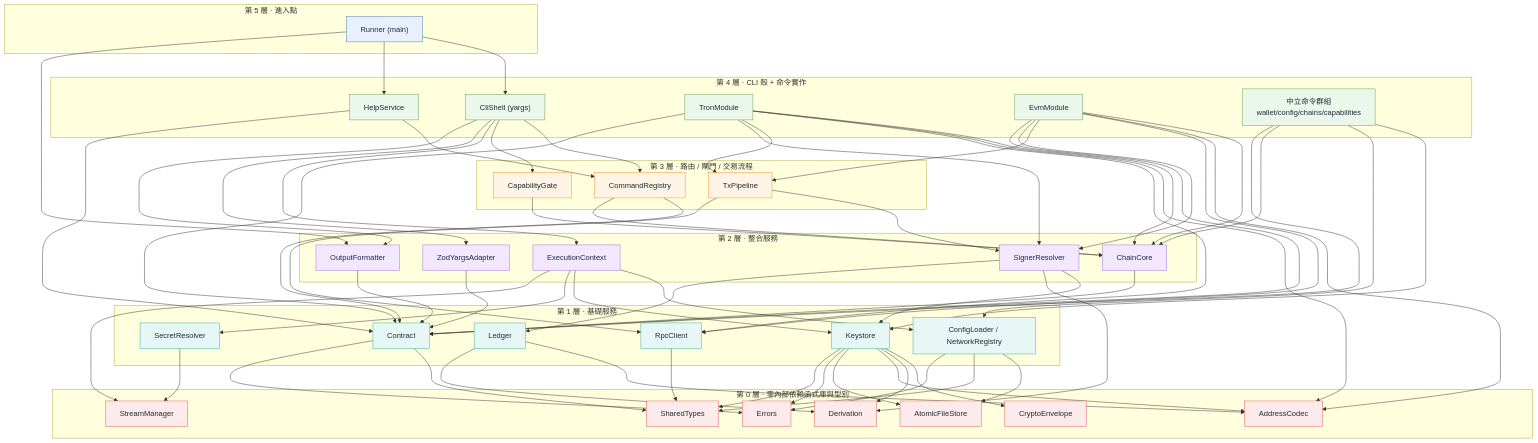
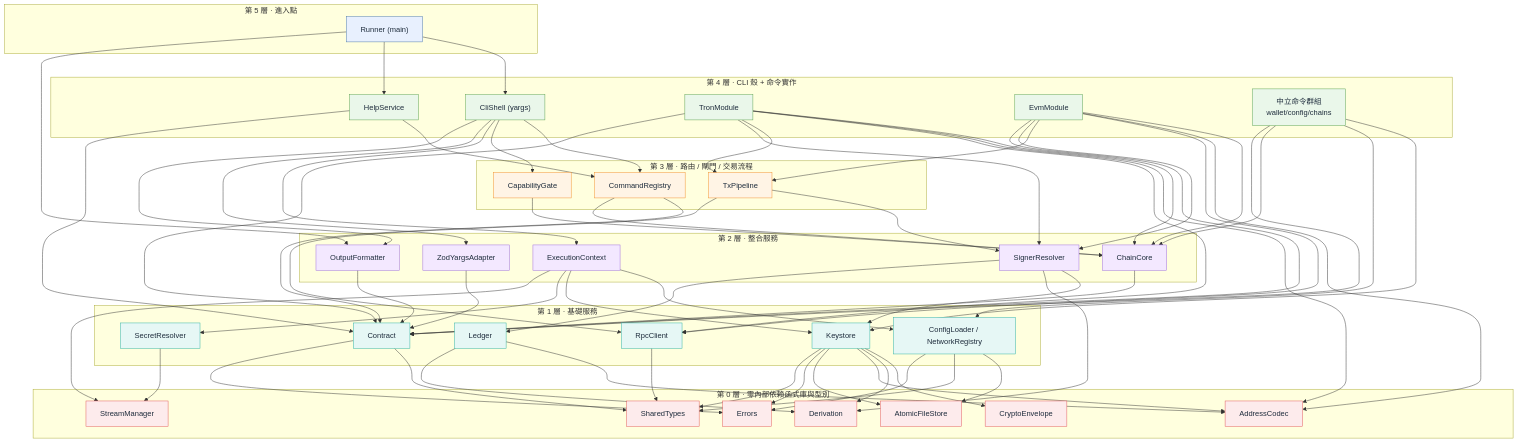
One commit to tronprotocol/wallet-cli changed the diagram in docs/typescript-wallet-cli-module-layered-plan.zh-TW.md. Above: the diagram before and after it, drawn with Mermaid. The commit also changed other lines of this file and 53 other files, not shown here.

````diff
--- a/docs/typescript-wallet-cli-module-layered-plan.zh-TW.md
+++ b/docs/typescript-wallet-cli-module-layered-plan.zh-TW.md
@@ -68,77 +67,77 @@
 ```mermaid
 flowchart TD
     classDef l5 fill:#E8F0FE,stroke:#4C78A8,color:#1F2D3D;
     classDef l4 fill:#EAF7EA,stroke:#59A14F,color:#1F2D3D;
     classDef l3 fill:#FFF4E5,stroke:#F28E2B,color:#1F2D3D;
     classDef l2 fill:#F3E8FF,stroke:#9C6ADE,color:#1F2D3D;
     classDef l1 fill:#E6F7F5,stroke:#2CB1A1,color:#1F2D3D;
     classDef l0 fill:#FDEBEC,stroke:#E15759,color:#1F2D3D;
 
     subgraph T5["第 5 層 · 進入點"]
         RUN["Runner (main)"]
     end
     subgraph T4["第 4 層 · CLI 殼 + 命令實作"]
         YARGS["CliShell (yargs)"]
         HELP["HelpService"]
         TRON["TronModule"]
         EVM["EvmModule"]
-        NEU["中立命令群組<br/>wallet/config/chains/capabilities"]
+        NEU["中立命令群組<br/>wallet/config/chains"]
     end
     subgraph T3["第 3 層 · 路由 / 閘門 / 交易流程"]
         CREG["CommandRegistry"]
         CGATE["CapabilityGate"]
         TXP["TxPipeline"]
     end
     subgraph T2["第 2 層 · 整合服務"]
         CTX["ExecutionContext"]
         SIGN["SignerResolver"]
         CCORE["ChainCore"]
         FMT["OutputFormatter"]
         ADAPT["ZodYargsAdapter"]
     end
     subgraph T1["第 1 層 · 基礎服務"]
         CONTRACT["Contract"]
         KS["Keystore"]
         CFG["ConfigLoader / NetworkRegistry"]
         SECRET["SecretResolver"]
         RPC["RpcClient"]
         LED["Ledger"]
     end
     subgraph T0["第 0 層 · 零內部依賴函式庫與型別"]
         TYPES["SharedTypes"]
         ERR["Errors"]
         CRYPTO["CryptoEnvelope"]
         DERIV["Derivation"]
         ADDR["AddressCodec"]
         FILE["AtomicFileStore"]
         SM["StreamManager"]
     end
 
     RUN --> YARGS & HELP & FMT
     YARGS --> CREG & CGATE & CTX & ADAPT & FMT
     HELP --> CREG & CONTRACT
     TRON --> CCORE & ADDR & RPC & TXP & SIGN & CONTRACT
     EVM --> CCORE & ADDR & RPC & TXP & SIGN & CONTRACT
     NEU --> KS & CFG & CCORE & CONTRACT
     CREG --> CONTRACT & CCORE
     CGATE --> CCORE
     TXP --> SIGN & RPC
     CTX --> CFG & KS & SECRET & SM
     SIGN --> KS & DERIV & LED
     CCORE --> CONTRACT
     FMT --> CONTRACT
     ADAPT --> CONTRACT
     CONTRACT --> TYPES & ERR
     KS --> CRYPTO & DERIV & ADDR & FILE & ERR & TYPES
     CFG --> FILE & TYPES & ERR
     SECRET --> SM
     RPC --> TYPES
     LED --> ADDR & DERIV
 
     class RUN l5;
     class YARGS,HELP,TRON,EVM,NEU l4;
     class CREG,CGATE,TXP l3;
     class CTX,SIGN,CCORE,FMT,ADAPT l2;
     class CONTRACT,KS,CFG,SECRET,RPC,LED l1;
     class TYPES,ERR,CRYPTO,DERIV,ADDR,FILE,SM l0;
 ```
````
